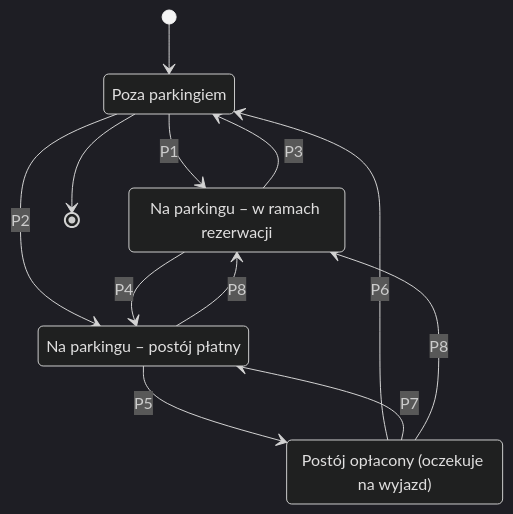
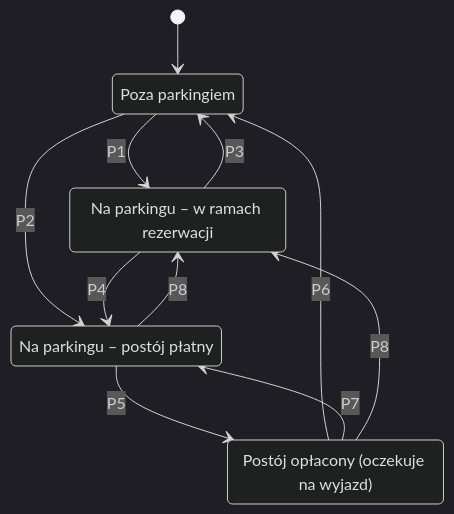
Before and after one commit to DDanulo/Kompetencyjny-team-1: the second of 2 diagrams in etap1/12funkcjonalne.md, drawn with Mermaid (dark theme). The commit also changed 8 other files, not shown here.

````diff
--- a/etap1/12funkcjonalne.md
+++ b/etap1/12funkcjonalne.md
@@ -117,18 +117,17 @@
 ```mermaid
 stateDiagram-v2
     [*] --> PozaParkingiem
     PozaParkingiem --> NaParkinguRezerwacja: P1
     PozaParkingiem --> PostojPlatny: P2
     NaParkinguRezerwacja --> PozaParkingiem: P3
     NaParkinguRezerwacja --> PostojPlatny: P4
     PostojPlatny --> Oplacony: P5
     Oplacony --> PozaParkingiem: P6
     Oplacony --> PostojPlatny: P7
     PostojPlatny --> NaParkinguRezerwacja: P8
     Oplacony --> NaParkinguRezerwacja: P8
-    PozaParkingiem --> [*]
     state "Poza parkingiem" as PozaParkingiem
     state "Na parkingu – w ramach rezerwacji" as NaParkinguRezerwacja
     state "Na parkingu – postój płatny" as PostojPlatny
     state "Postój opłacony (oczekuje na wyjazd)" as Oplacony
 ```
````
